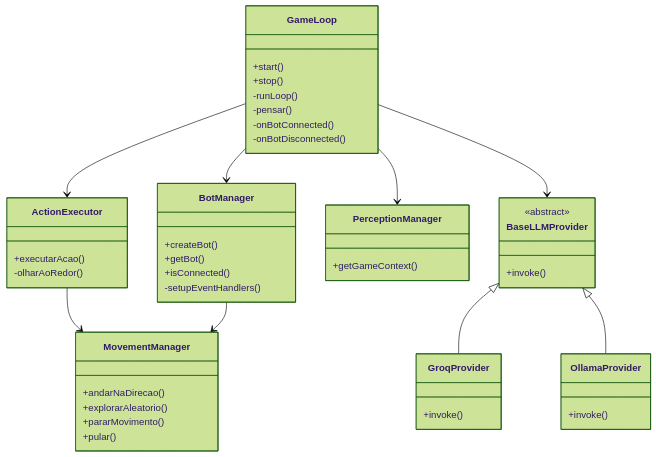
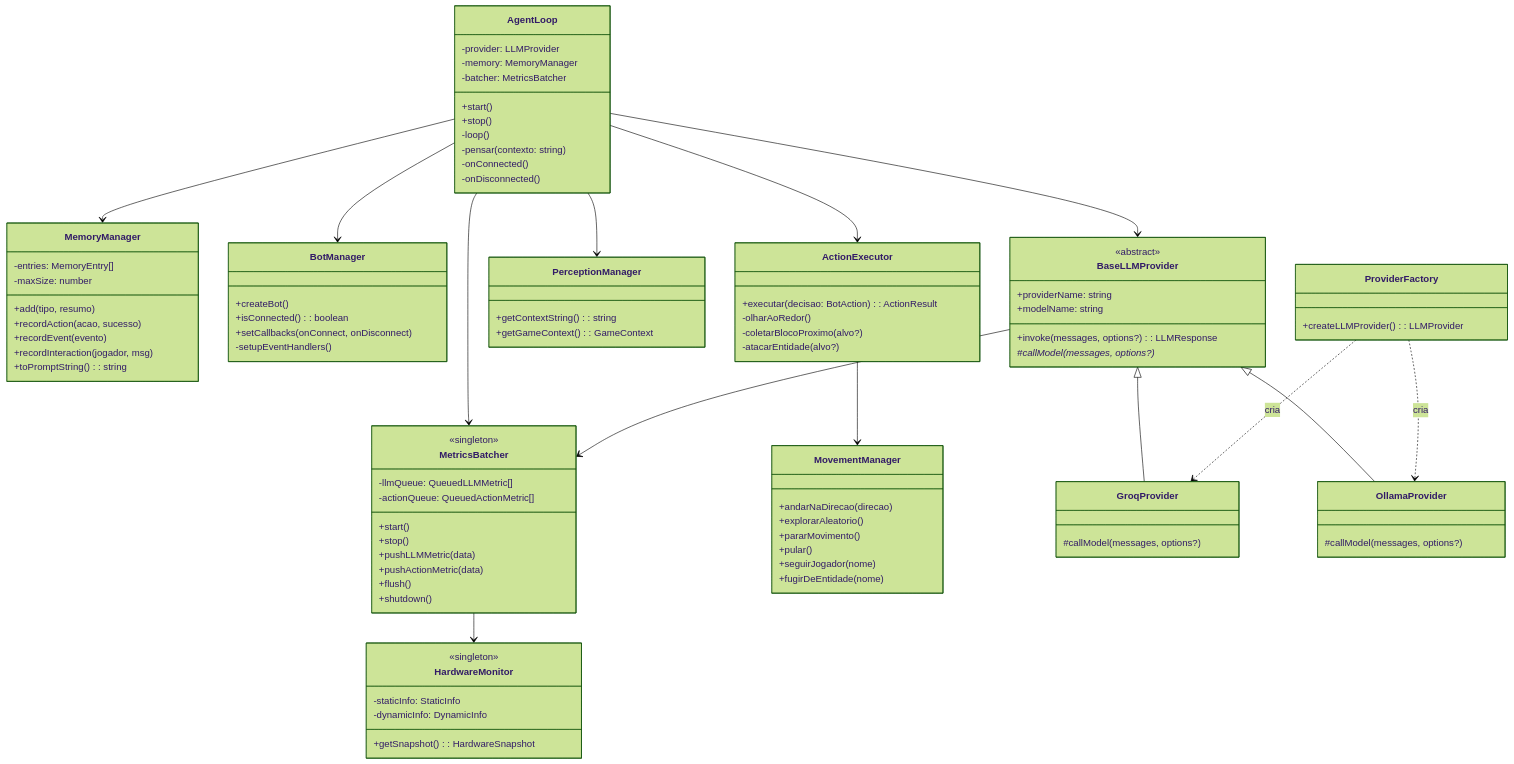
Before and after one commit to jvras58/minecraft-langchain-ts: the fourth of 4 diagrams in docs/Architecture.md, drawn with Mermaid (forest theme). The commit also changed other lines of this file, not shown here.

Commit message:
refactor(Arquitetura): atualizar diagramas e descrever novos componentes do sistema

````diff
--- a/docs/Architecture.md
+++ b/docs/Architecture.md
@@ -89,48 +114,94 @@
 ```mermaid
 classDiagram
-    class GameLoop {
+    class AgentLoop {
+        -provider: LLMProvider
+        -memory: MemoryManager
+        -batcher: MetricsBatcher
         +start()
         +stop()
-        -runLoop()
-        -pensar()
-        -onBotConnected()
-        -onBotDisconnected()
+        -loop()
+        -pensar(contexto: string)
+        -onConnected()
+        -onDisconnected()
+    }
+    class MemoryManager {
+        -entries: MemoryEntry[]
+        -maxSize: number
+        +add(tipo, resumo)
+        +recordAction(acao, sucesso)
+        +recordEvent(evento)
+        +recordInteraction(jogador, msg)
+        +toPromptString(): string
+    }
+    class MetricsBatcher {
+        <<singleton>>
+        -llmQueue: QueuedLLMMetric[]
+        -actionQueue: QueuedActionMetric[]
+        +start()
+        +stop()
+        +pushLLMMetric(data)
+        +pushActionMetric(data)
+        +flush()
+        +shutdown()
+    }
+    class HardwareMonitor {
+        <<singleton>>
+        -staticInfo: StaticInfo
+        -dynamicInfo: DynamicInfo
+        +getSnapshot(): HardwareSnapshot
     }
     class BotManager {
         +createBot()
-        +getBot()
-        +isConnected()
+        +isConnected(): boolean
+        +setCallbacks(onConnect, onDisconnect)
         -setupEventHandlers()
     }
     class ActionExecutor {
-        +executarAcao()
+        +executar(decisao: BotAction): ActionResult
         -olharAoRedor()
+        -coletarBlocoProximo(alvo?)
+        -atacarEntidade(alvo?)
     }
     class MovementManager {
-        +andarNaDirecao()
+        +andarNaDirecao(direcao)
         +explorarAleatorio()
         +pararMovimento()
         +pular()
+        +seguirJogador(nome)
+        +fugirDeEntidade(nome)
     }
     class PerceptionManager {
-        +getGameContext()
+        +getContextString(): string
+        +getGameContext(): GameContext
     }
     class BaseLLMProvider {
         <<abstract>>
-        +invoke()
+        +providerName: string
+        +modelName: string
+        +invoke(messages, options?): LLMResponse
+        #callModel(messages, options?)*
     }
     class GroqProvider {
-        +invoke()
+        #callModel(messages, options?)
     }
     class OllamaProvider {
-        +invoke()
+        #callModel(messages, options?)
     }
-    GameLoop --> BotManager
-    GameLoop --> ActionExecutor
-    GameLoop --> PerceptionManager
-    GameLoop --> BaseLLMProvider
+    class ProviderFactory {
+        +createLLMProvider(): LLMProvider
+    }
+
+    AgentLoop --> BotManager
+    AgentLoop --> ActionExecutor
+    AgentLoop --> PerceptionManager
+    AgentLoop --> MemoryManager
+    AgentLoop --> MetricsBatcher
+    AgentLoop --> BaseLLMProvider
     ActionExecutor --> MovementManager
-    BotManager --> MovementManager
+    BaseLLMProvider --> MetricsBatcher
+    MetricsBatcher --> HardwareMonitor
     BaseLLMProvider <|-- GroqProvider
     BaseLLMProvider <|-- OllamaProvider
+    ProviderFactory ..> GroqProvider : cria
+    ProviderFactory ..> OllamaProvider : cria
 ```
````
